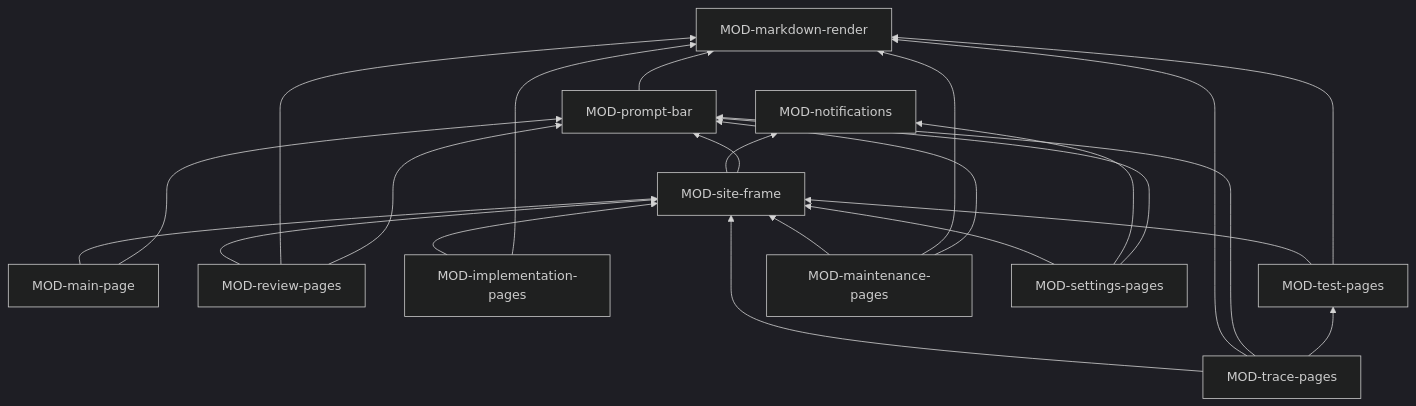
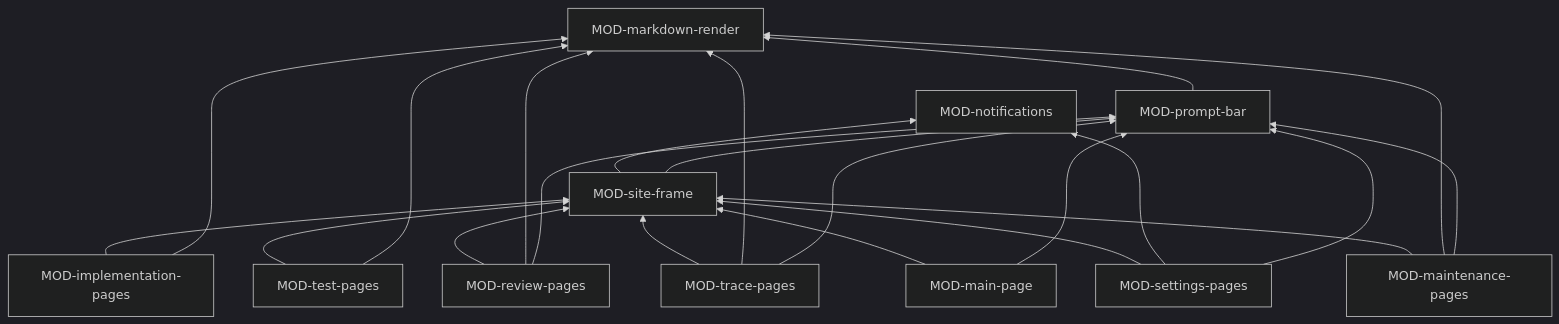
The diagram in docs/architecture/ARC-038-the-site.md (akmaier/agent-m), drawn with Mermaid (dark theme) before and after one commit. The commit also changed other lines of this file and 2 other files, not shown here.

````diff
--- a/docs/architecture/ARC-038-the-site.md
+++ b/docs/architecture/ARC-038-the-site.md
@@ -208,36 +207,35 @@
 ```mermaid
 flowchart BT
   SF[MOD-site-frame]
   MRD[MOD-markdown-render]
   MP[MOD-main-page]
   RV[MOD-review-pages]
   TR[MOD-trace-pages]
   IMP[MOD-implementation-pages]
   TP[MOD-test-pages]
   MNP[MOD-maintenance-pages]
   STP[MOD-settings-pages]
   NT[MOD-notifications]
   PB[MOD-prompt-bar]
   MP --> SF
   MP --> PB
   RV --> SF
   RV --> MRD
   RV --> PB
   TR --> SF
   TR --> MRD
   TR --> PB
-  TR --> TP
   IMP --> SF
   IMP --> MRD
   TP --> SF
   TP --> MRD
   MNP --> SF
   MNP --> MRD
   MNP --> PB
   STP --> SF
   STP --> NT
   STP --> PB
   SF --> NT
   SF --> PB
   PB --> MRD
 ```
````
